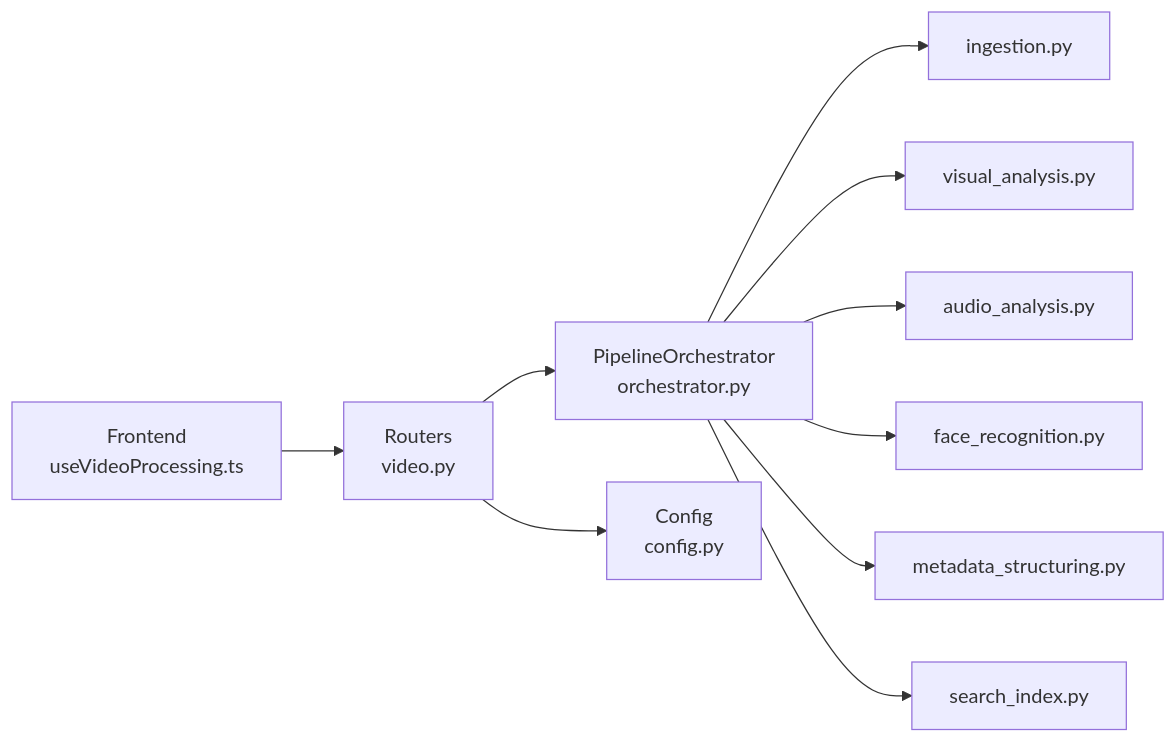
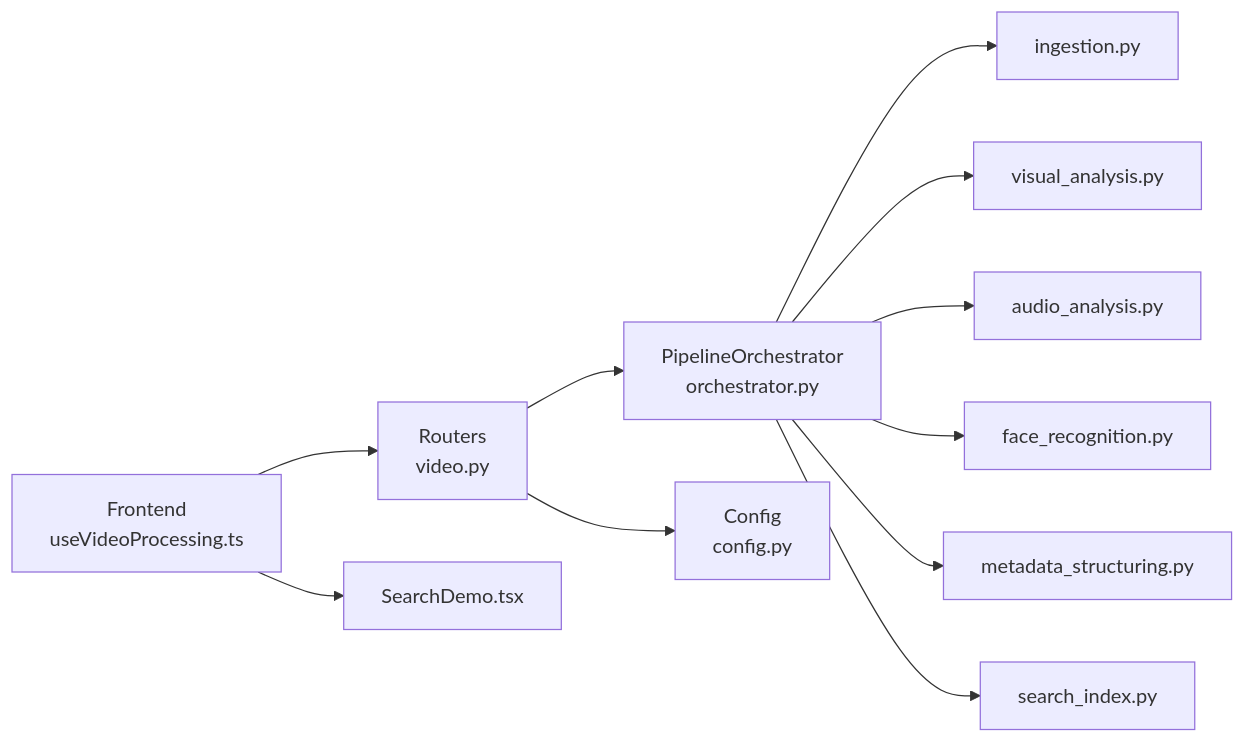
The seventh of 7 diagrams in .qoder/repowiki/en/content/Media Processing Pipeline/Pipeline Overview and Architecture.md (alexandreybasta-cyber/dubai-media-ai), drawn with Mermaid before and after one commit. The commit also changed other lines of this file and 23 other files, not shown here.

````diff
--- a/.qoder/repowiki/en/content/Media Processing Pipeline/Pipeline Overview and Architecture.md
+++ b/.qoder/repowiki/en/content/Media Processing Pipeline/Pipeline Overview and Architecture.md
@@ -448,12 +480,13 @@
 ```mermaid
 graph LR
 ORCH["PipelineOrchestrator<br/>orchestrator.py"] --> ST1["ingestion.py"]
 ORCH --> ST2["visual_analysis.py"]
 ORCH --> ST3["audio_analysis.py"]
 ORCH --> ST4["face_recognition.py"]
 ORCH --> ST5["metadata_structuring.py"]
 ORCH --> ST6["search_index.py"]
 ROUTER["Routers<br/>video.py"] --> ORCH
 ROUTER --> CFG["Config<br/>config.py"]
 FRONT["Frontend<br/>useVideoProcessing.ts"] --> ROUTER
+FRONT --> SEARCH["SearchDemo.tsx"]
 ```
````
